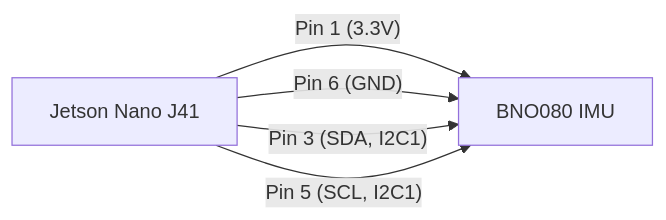
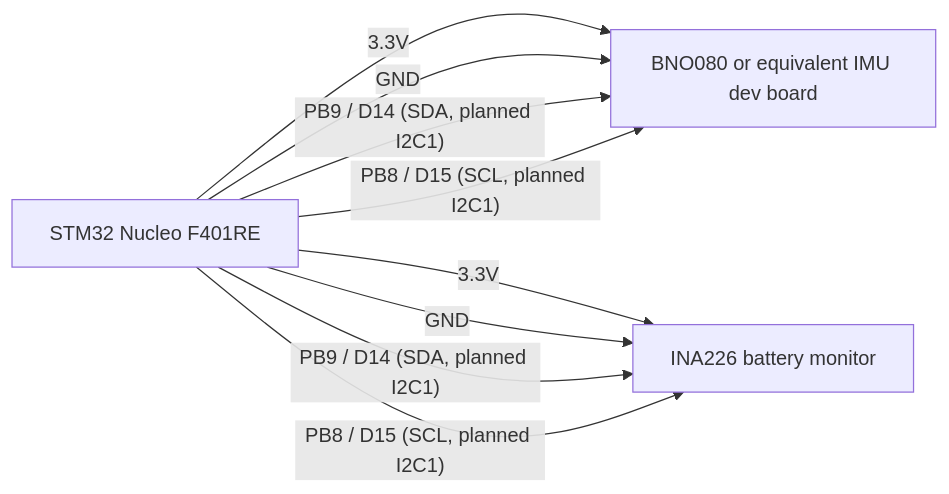
The second of 3 diagrams in docs/hardware/wiring_schematic.md (KartikMehta-1/AMR-development), drawn with Mermaid before and after one commit. The commit also changed other lines of this file and 5 other files, not shown here.

Commit message:
Document STM sensor and battery monitor wiring

````diff
--- a/docs/hardware/wiring_schematic.md
+++ b/docs/hardware/wiring_schematic.md
@@ -221,9 +240,14 @@
 ```mermaid
 graph LR
-  JET[Jetson Nano J41]
-  IMU[BNO080 IMU]
-  JET -- "Pin 1 (3.3V)" --> IMU
-  JET -- "Pin 6 (GND)" --> IMU
-  JET -- "Pin 3 (SDA, I2C1)" --> IMU
-  JET -- "Pin 5 (SCL, I2C1)" --> IMU
+  STM[STM32 Nucleo F401RE]
+  IMU[BNO080 or equivalent IMU dev board]
+  INA[INA226 battery monitor]
+  STM -- "3.3V" --> IMU
+  STM -- "GND" --> IMU
+  STM -- "PB9 / D14 (SDA, planned I2C1)" --> IMU
+  STM -- "PB8 / D15 (SCL, planned I2C1)" --> IMU
+  STM -- "3.3V" --> INA
+  STM -- "GND" --> INA
+  STM -- "PB9 / D14 (SDA, planned I2C1)" --> INA
+  STM -- "PB8 / D15 (SCL, planned I2C1)" --> INA
 ```
````
